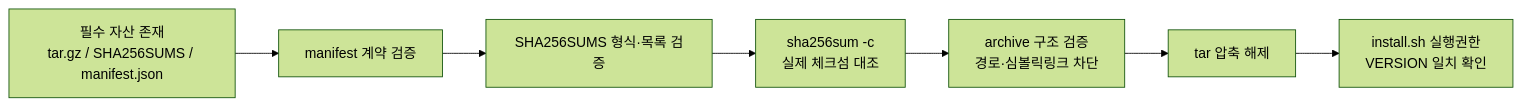
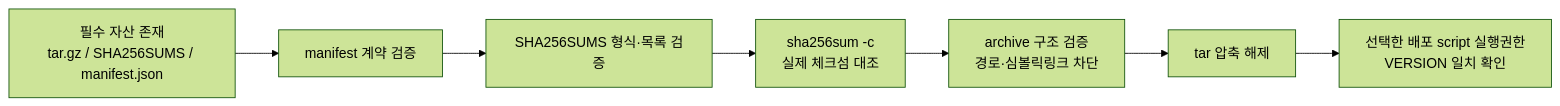
Before and after one commit to anjin0/wizlink-bootstrap: the second of 2 diagrams in boot.md, drawn with Mermaid (forest theme). The commit also changed other lines of this file and 2 other files, not shown here.

````diff
--- a/boot.md
+++ b/boot.md
@@ -131,9 +151,9 @@
 ```mermaid
 flowchart LR
     A[필수 자산 존재<br/>tar.gz / SHA256SUMS / manifest.json] --> B[manifest 계약 검증]
     B --> C[SHA256SUMS 형식·목록 검증]
     C --> D[sha256sum -c<br/>실제 체크섬 대조]
     D --> E[archive 구조 검증<br/>경로·심볼릭링크 차단]
     E --> F[tar 압축 해제]
-    F --> G[install.sh 실행권한<br/>VERSION 일치 확인]
+    F --> G[선택한 배포 script 실행권한<br/>VERSION 일치 확인]
 ```
````
